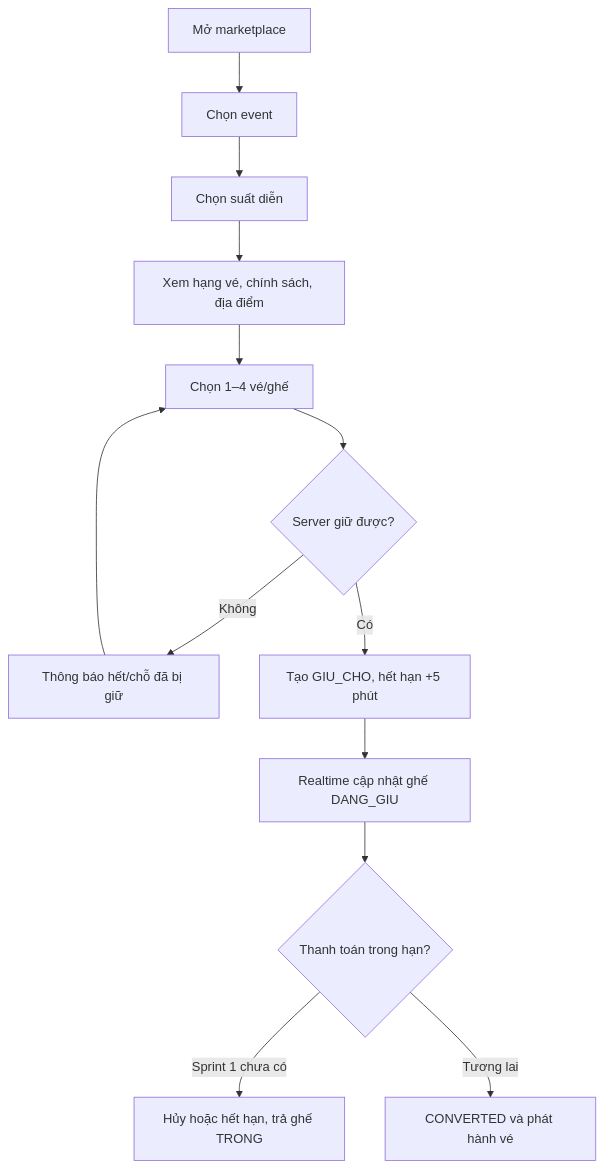
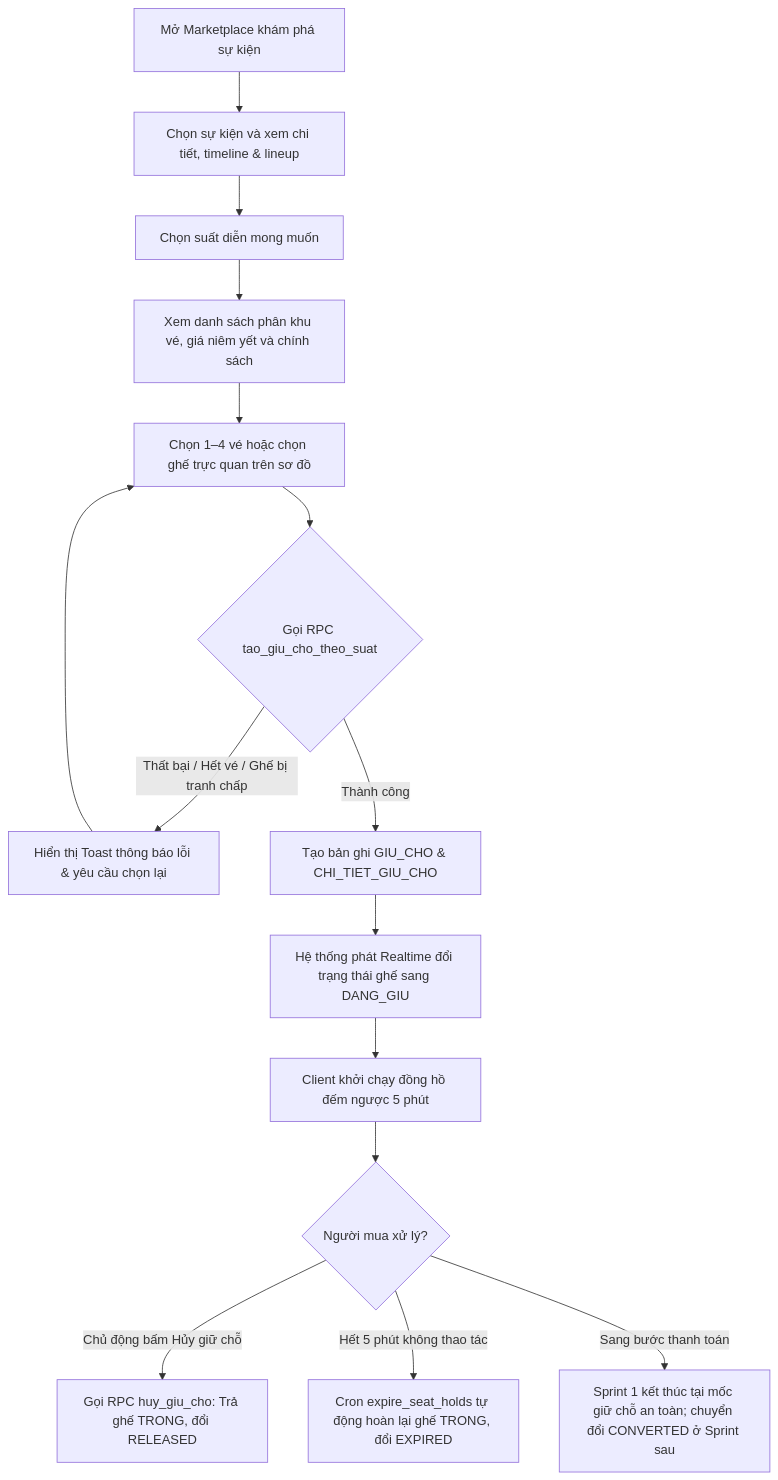
The third of 11 diagrams in docs/sprint1-deliverables/02_ANALYSIS_AND_SYSTEM_DESIGN.md (minhdc2011/EVENTTICKETING), drawn with Mermaid before and after one commit. The commit also changed other lines of this file and 5 other files, not shown here.

First line of the commit message:
docs: enrich 14-table ERD with 3 relationship types, 3 notes, class diagram and 4-way traceability matrix

````diff
--- a/docs/sprint1-deliverables/02_ANALYSIS_AND_SYSTEM_DESIGN.md
+++ b/docs/sprint1-deliverables/02_ANALYSIS_AND_SYSTEM_DESIGN.md
@@ -43,15 +77,17 @@
 ```mermaid
 flowchart TD
-  A[Mở marketplace] --> B[Chọn event]
-  B --> C[Chọn suất diễn]
-  C --> D[Xem hạng vé, chính sách, địa điểm]
-  D --> E[Chọn 1–4 vé/ghế]
-  E --> F{Server giữ được?}
-  F -- Không --> G[Thông báo hết/chỗ đã bị giữ]
+  A[Mở Marketplace khám phá sự kiện] --> B[Chọn sự kiện và xem chi tiết, timeline & lineup]
+  B --> C[Chọn suất diễn mong muốn]
+  C --> D[Xem danh sách phân khu vé, giá niêm yết và chính sách]
+  D --> E[Chọn 1–4 vé hoặc chọn ghế trực quan trên sơ đồ]
+  E --> F{Gọi RPC tao_giu_cho_theo_suat}
+  F -- Thất bại / Hết vé / Ghế bị tranh chấp --> G[Hiển thị Toast thông báo lỗi & yêu cầu chọn lại]
   G --> E
-  F -- Có --> H[Tạo GIU_CHO, hết hạn +5 phút]
-  H --> I[Realtime cập nhật ghế DANG_GIU]
-  I --> J{Thanh toán trong hạn?}
-  J -- Sprint 1 chưa có --> K[Hủy hoặc hết hạn, trả ghế TRONG]
-  J -- Tương lai --> L[CONVERTED và phát hành vé]
+  F -- Thành công --> H[Tạo bản ghi GIU_CHO & CHI_TIET_GIU_CHO]
+  H --> I[Hệ thống phát Realtime đổi trạng thái ghế sang DANG_GIU]
+  I --> J[Client khởi chạy đồng hồ đếm ngược 5 phút]
+  J --> K{Người mua xử lý?}
+  K -- Chủ động bấm Hủy giữ chỗ --> L[Gọi RPC huy_giu_cho: Trả ghế TRONG, đổi RELEASED]
+  K -- Hết 5 phút không thao tác --> M[Cron expire_seat_holds tự động hoàn lại ghế TRONG, đổi EXPIRED]
+  K -- Sang bước thanh toán --> N[Sprint 1 kết thúc tại mốc giữ chỗ an toàn; chuyển đổi CONVERTED ở Sprint sau]
 ```
````
